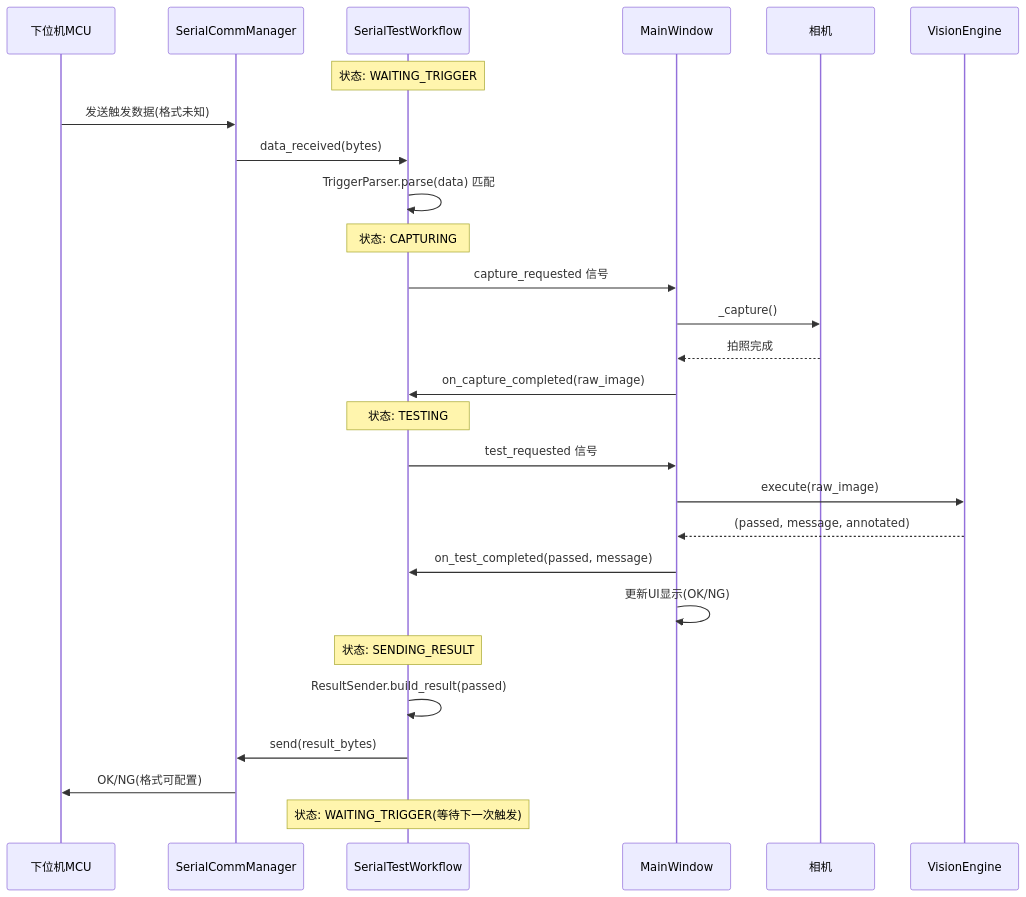
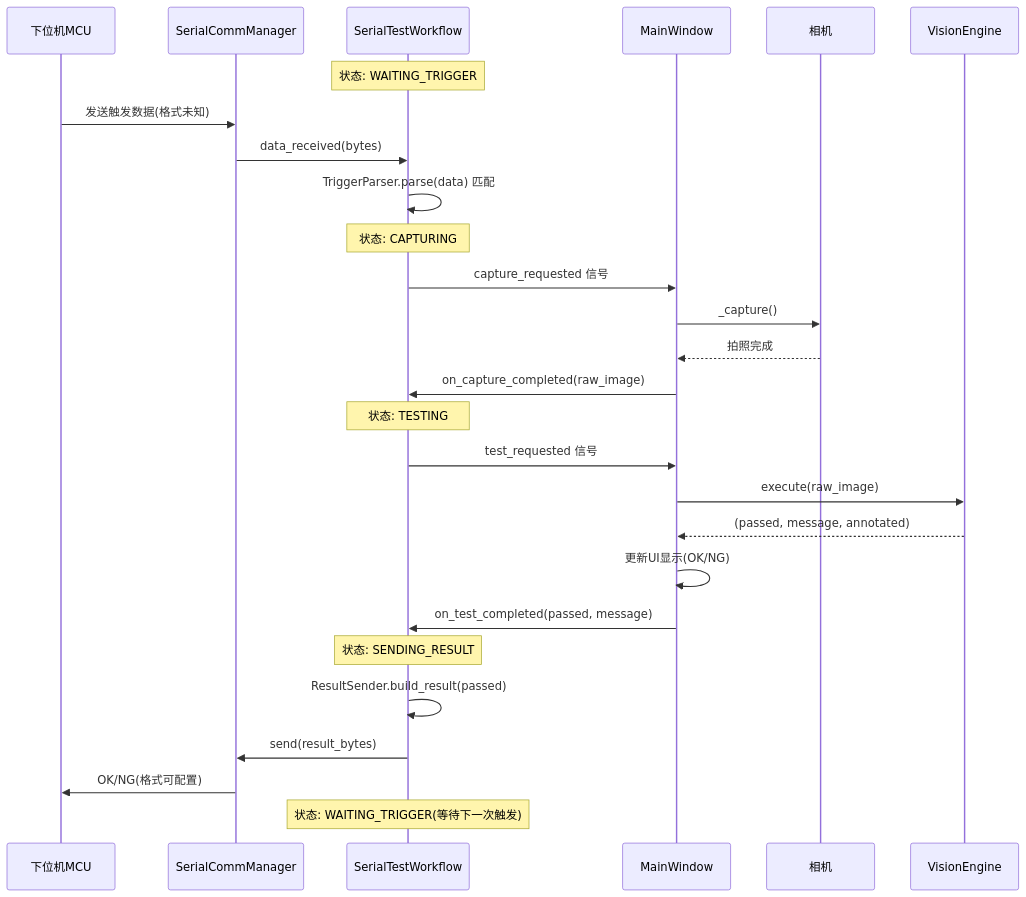
Before and after one commit to Ethanfish325/Vision-Test-Protject-DaHeng: the second of 2 diagrams in plans/serial_test_workflow_plan.md, drawn with Mermaid. The commit also changed other lines of this file and 5 other files, not shown here.

````diff
--- a/plans/serial_test_workflow_plan.md
+++ b/plans/serial_test_workflow_plan.md
@@ -233,34 +320,34 @@
 ```mermaid
 sequenceDiagram
     participant MCU as 下位机MCU
     participant Serial as SerialCommManager
     participant WF as SerialTestWorkflow
     participant MW as MainWindow
     participant Cam as 相机
     participant VE as VisionEngine
 
     Note over WF: 状态: WAITING_TRIGGER
     
     MCU->>Serial: 发送触发数据(格式未知)
     Serial->>WF: data_received(bytes)
     WF->>WF: TriggerParser.parse(data) 匹配
     Note over WF: 状态: CAPTURING
     
     WF->>MW: capture_requested 信号
     MW->>Cam: _capture()
     Cam-->>MW: 拍照完成
     MW->>WF: on_capture_completed(raw_image)
     Note over WF: 状态: TESTING
     
     WF->>MW: test_requested 信号
     MW->>VE: execute(raw_image)
     VE-->>MW: (passed, message, annotated)
+    MW->>MW: 更新UI显示(OK/NG)
     MW->>WF: on_test_completed(passed, message)
-    MW->>MW: 更新UI显示(OK/NG)
     Note over WF: 状态: SENDING_RESULT
     
     WF->>WF: ResultSender.build_result(passed)
     WF->>Serial: send(result_bytes)
     Serial->>MCU: OK/NG(格式可配置)
     Note over WF: 状态: WAITING_TRIGGER(等待下一次触发)
 ```
````
